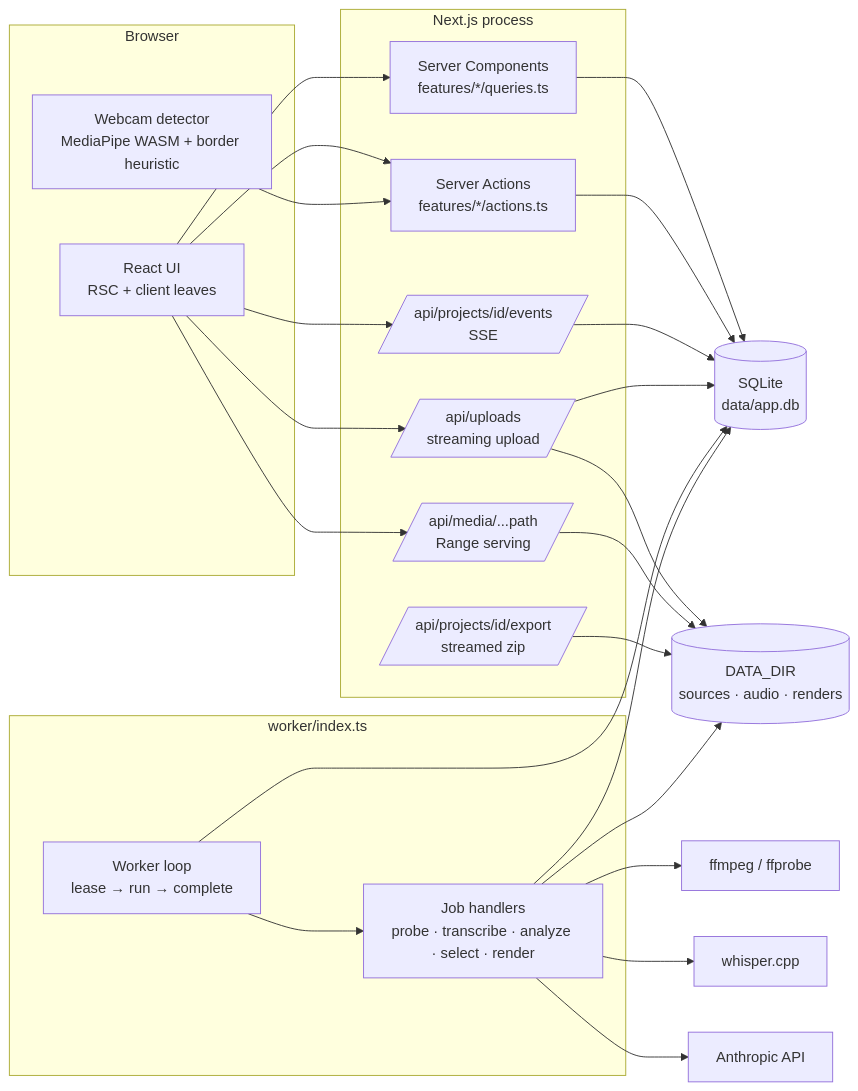
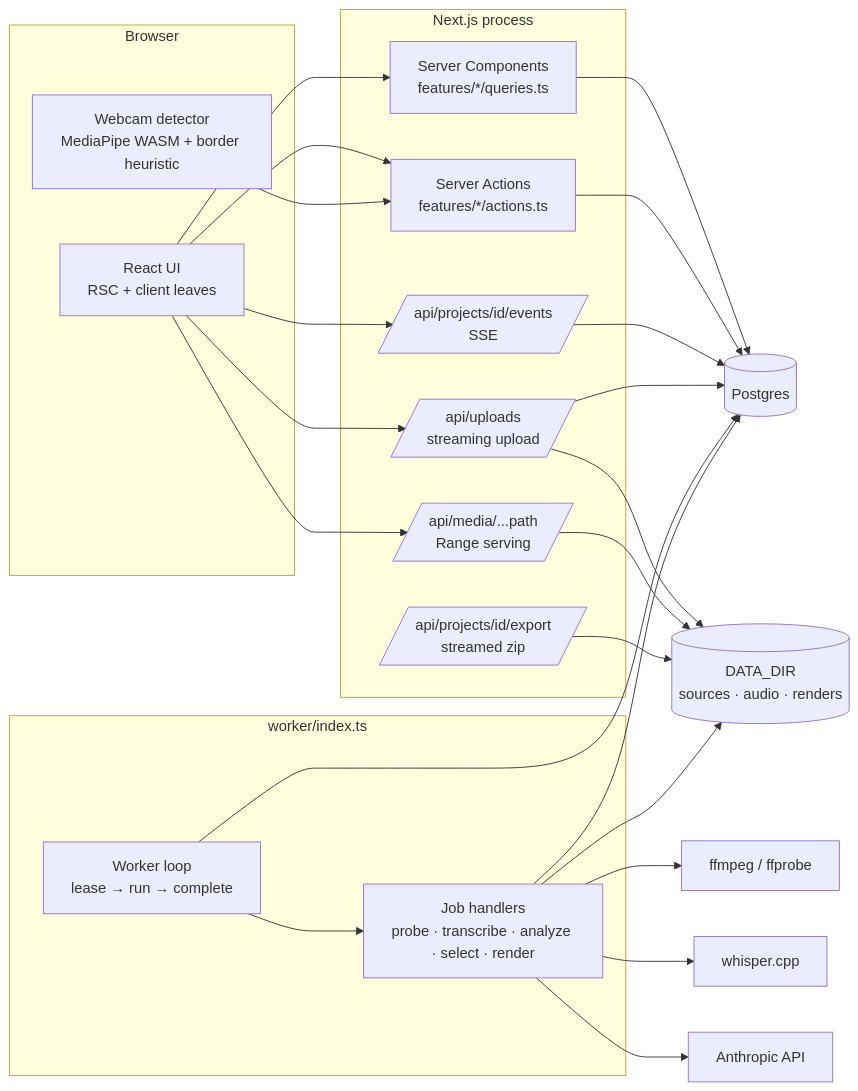
One commit to gabrielccarvalho/nimbus changed the first of 2 diagrams in docs/ARCHITECTURE.md. Above: the diagram before and after it, drawn with Mermaid. The commit also changed other lines of this file and 80 other files, not shown here.

````diff
--- a/docs/ARCHITECTURE.md
+++ b/docs/ARCHITECTURE.md
@@ -7,36 +7,36 @@
 ```mermaid
 flowchart LR
   subgraph Browser
     UI[React UI<br/>RSC + client leaves]
     WD[Webcam detector<br/>MediaPipe WASM + border heuristic]
   end
 
   subgraph Next[Next.js process]
     RSC[Server Components<br/>features/*/queries.ts]
     SA[Server Actions<br/>features/*/actions.ts]
     UP[/api/uploads<br/>streaming upload/]
     MD[/api/media/...path<br/>Range serving/]
     SSE[/api/projects/id/events<br/>SSE/]
     ZIP[/api/projects/id/export<br/>streamed zip/]
   end
 
   subgraph Worker[worker/index.ts]
     WL[Worker loop<br/>lease → run → complete]
     H[Job handlers<br/>probe · transcribe · analyze · select · render]
   end
 
-  DB[(SQLite<br/>data/app.db)]
+  DB[(Postgres)]
   FS[(DATA_DIR<br/>sources · audio · renders)]
   FF[ffmpeg / ffprobe]
   WH[whisper.cpp]
   AN[Anthropic API]
 
   UI --> RSC & SA & UP & MD & SSE
   WD --> SA
   RSC & SA & SSE --> DB
   UP --> FS & DB
   MD & ZIP --> FS
   WL --> DB
   WL --> H
   H --> FF & WH & AN & FS & DB
 ```
````
